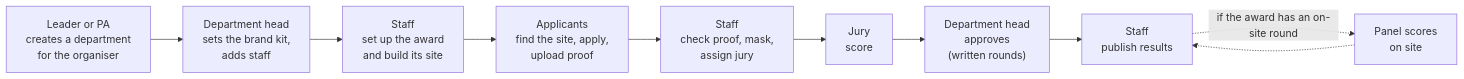
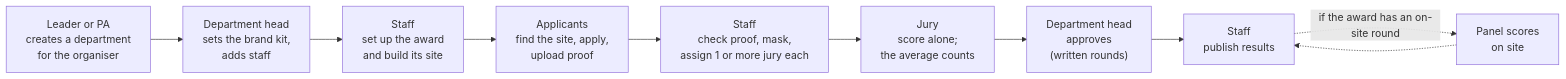
One commit to sumitdwivedi01/EigthyAwards changed the first of 7 diagrams in docs/ui/README.md. Above: the diagram before and after it, drawn with Mermaid. The commit also changed other lines of this file and 18 other files, not shown here.

First line of the commit message:
docs: phase 0.7 - lead call: proof once on the profile, My profile, several jury per application

````diff
--- a/docs/ui/README.md
+++ b/docs/ui/README.md
@@ -21,12 +21,12 @@
 ```mermaid
 flowchart LR
     A["Leader or PA<br/>creates a department<br/>for the organiser"] --> B["Department head<br/>sets the brand kit,<br/>adds staff"]
     B --> C["Staff<br/>set up the award<br/>and build its site"]
     C --> D["Applicants<br/>find the site, apply,<br/>upload proof"]
-    D --> E["Staff<br/>check proof, mask,<br/>assign jury"]
-    E --> F["Jury<br/>score"]
+    D --> E["Staff<br/>check proof, mask,<br/>assign 1 or more jury each"]
+    E --> F["Jury<br/>score alone;<br/>the average counts"]
     F --> G["Department head<br/>approves<br/>(written rounds)"]
     G --> H["Staff<br/>publish results"]
     H -.->|if the award has an on-site round| I["Panel scores<br/>on site"]
     I -.-> H
 ```
````
